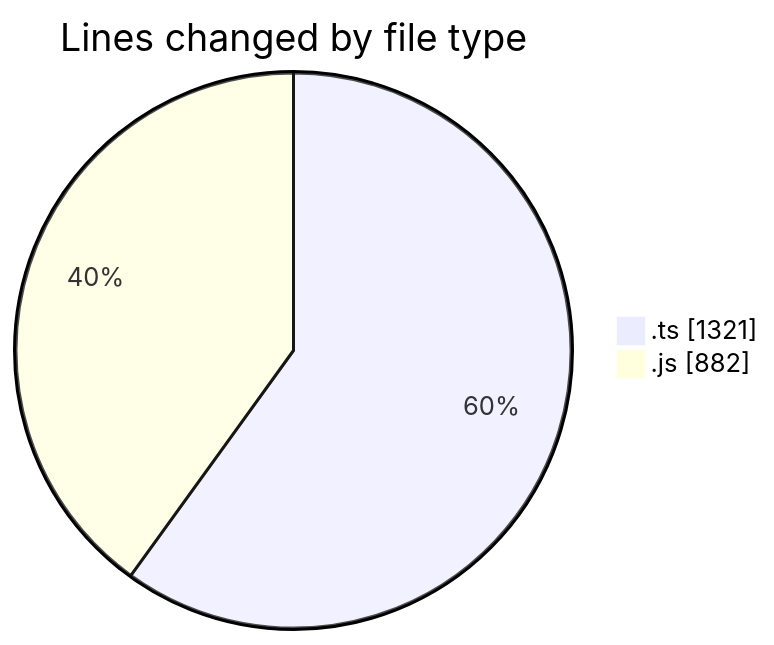
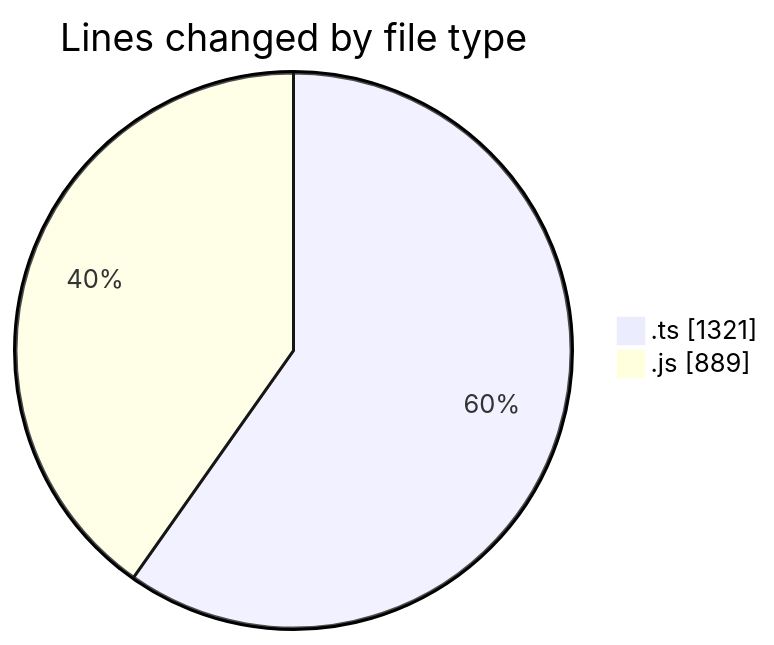
Before and after one commit to momahboobian/code-tracking: the first of 2 diagrams in 2026-02-03/cda/README.md, drawn with Mermaid. The commit also changed other lines of this file and 1 other file, not shown here.

````diff
--- a/2026-02-03/cda/README.md
+++ b/2026-02-03/cda/README.md
@@ -23,6 +23,6 @@
 ```mermaid
 pie showData
 title Lines changed by file type
 ".ts" : 1321
-".js" : 882
+".js" : 889
 ```
````
